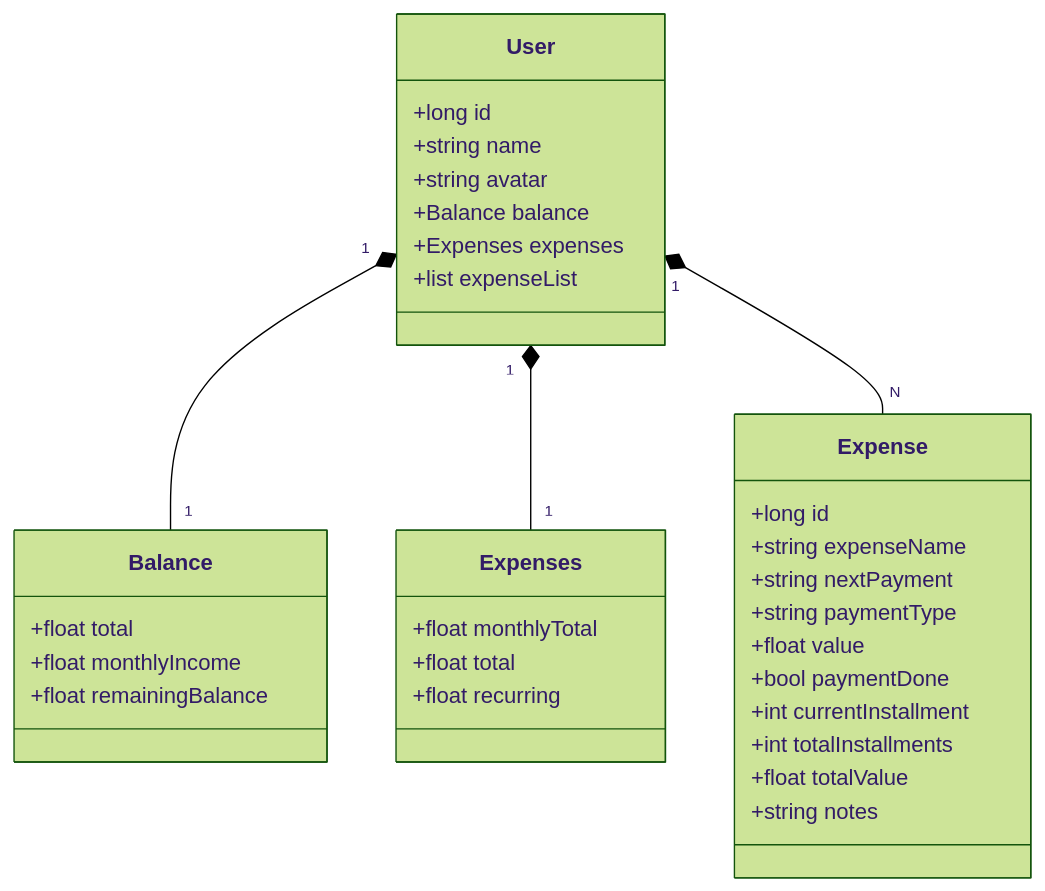
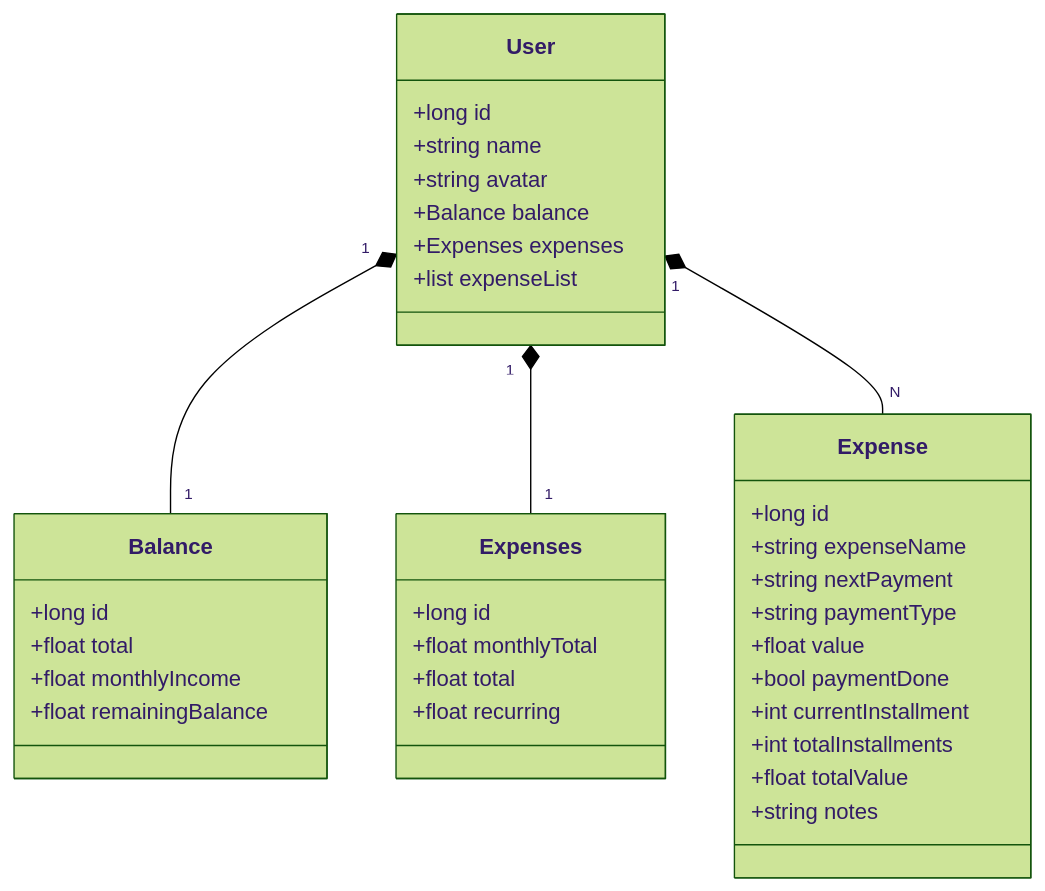
Before and after one commit to 3eatriz/desafio-dio: the diagram in README.md, drawn with Mermaid (forest theme).

````diff
--- a/README.md
+++ b/README.md
@@ -10,40 +10,42 @@
 ```mermaid
 classDiagram
     class User {
         +long id
         +string name
         +string avatar
         +Balance balance
         +Expenses expenses
         +list<Expense> expenseList
     }
 
     class Balance {
+        +long id
         +float total
         +float monthlyIncome
         +float remainingBalance
     }
 
     class Expenses {
+         +long id
         +float monthlyTotal
         +float total
         +float recurring
     }
 
     class Expense {
         +long id
         +string expenseName
         +string nextPayment
         +string paymentType
         +float value
         +bool paymentDone
         +int currentInstallment
         +int totalInstallments
         +float totalValue
         +string notes
     }
 
     User "1" *-- "1" Balance
     User "1" *-- "1" Expenses
     User "1" *-- "N" Expense
 ```
````
